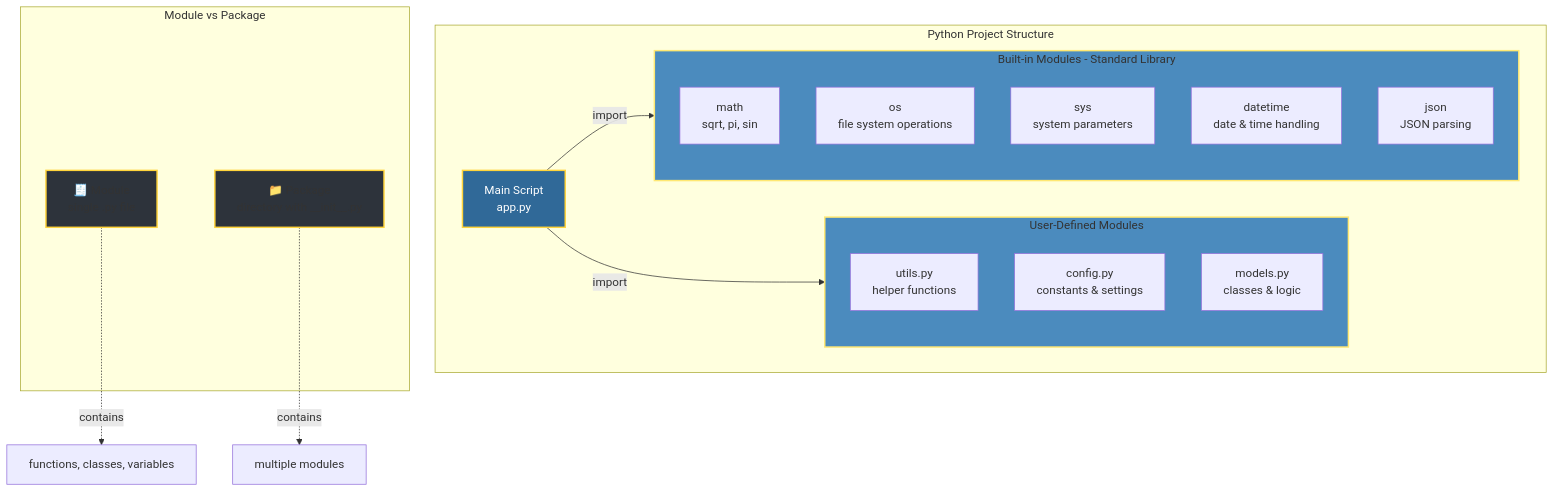
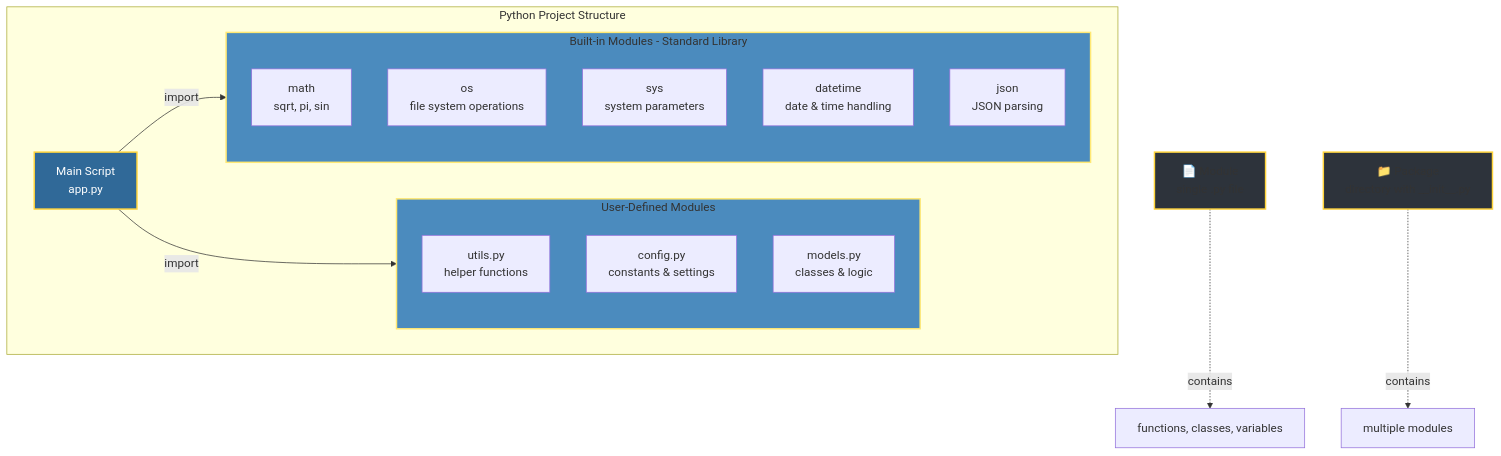
One commit to LikeNmuFF/Upskill-Flask changed the first of 2 diagrams in Day-01/modules/README.md. Above: the diagram before and after it, drawn with Mermaid. The commit also changed other lines of this file, not shown here.

Commit message:
Upskill: updating the readme for modules

````diff
--- a/Day-01/modules/README.md
+++ b/Day-01/modules/README.md
@@ -22,35 +22,30 @@
 ```mermaid
 graph TB
     subgraph "Python Project Structure"
         A[Main Script<br/>app.py] -->|import| B[User-Defined Modules]
         A -->|import| C[Built-in Modules]
 
         subgraph B [User-Defined Modules]
             B1[utils.py<br/>helper functions]
             B2[config.py<br/>constants & settings]
             B3[models.py<br/>classes & logic]
         end
 
         subgraph C [Built-in Modules - Standard Library]
             C1[math<br/>sqrt, pi, sin]
             C2[os<br/>file system operations]
             C3[sys<br/>system parameters]
             C4[datetime<br/>date & time handling]
             C5[json<br/>JSON parsing]
         end
     end
 
-    subgraph "Module vs Package"
-        D[🧾 Module<br/>single .py file]
-        E[📁 Package<br/>directory with __init__.py]
-    end
-
-    D -.->|contains| D1[functions, classes, variables]
-    E -.->|contains| E1[multiple modules]
+    D[📄 Module<br/>single .py file] -.->|contains| D1[functions, classes, variables]
+    E[📁 Package<br/>directory with __init__.py] -.->|contains| E1[multiple modules]
 
     style A fill:#306998,stroke:#FFD43B,stroke-width:2px,color:#fff
     style B fill:#4B8BBE,stroke:#FFE873,stroke-width:2px
     style C fill:#4B8BBE,stroke:#FFE873,stroke-width:2px
     style D fill:#2d333b,stroke:#FFD43B,stroke-width:2px
     style E fill:#2d333b,stroke:#FFD43B,stroke-width:2px
 ```
````
